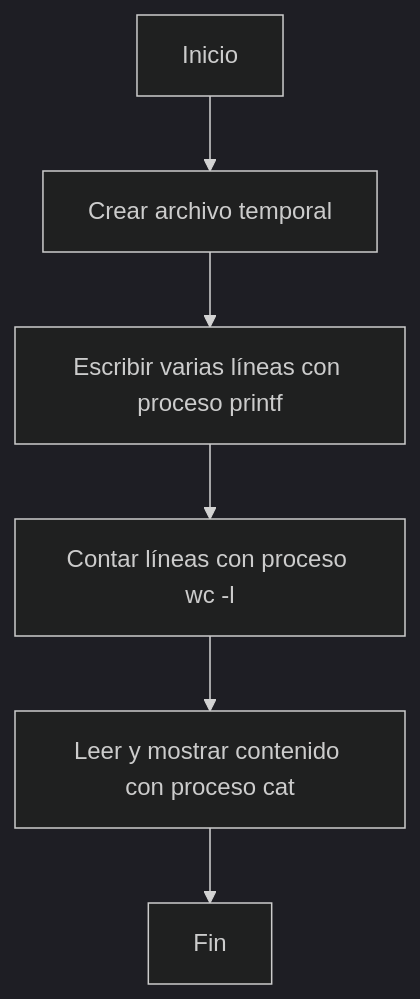
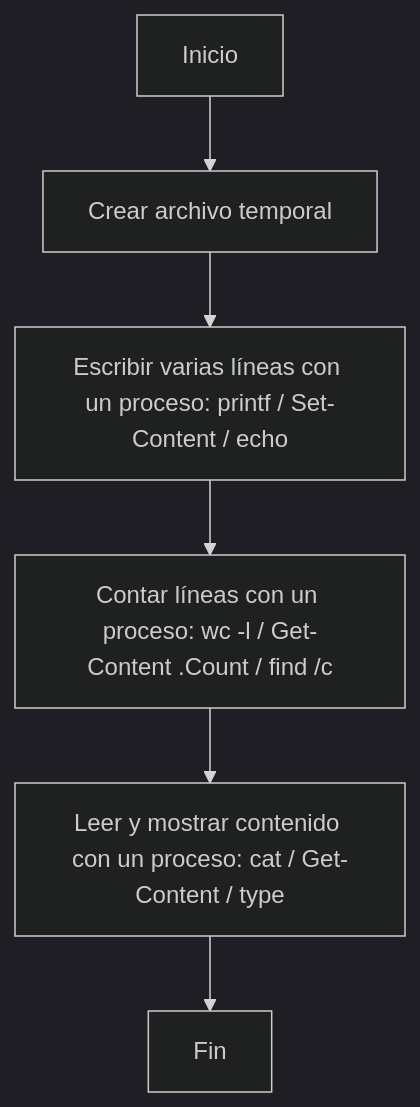
Before and after one commit to resuacode/psp: the diagram in docs/tema1-fundamentos/01-index.mdx, drawn with Mermaid (dark theme). The commit also changed other lines of this file, not shown here.

````diff
--- a/docs/tema1-fundamentos/01-index.mdx
+++ b/docs/tema1-fundamentos/01-index.mdx
@@ -453,8 +1091,8 @@
 ```mermaid
 flowchart TD
     A[Inicio] --> B[Crear archivo temporal]
-    B --> C[Escribir varias líneas con proceso printf]
-    C --> D[Contar líneas con proceso wc -l]
-    D --> E[Leer y mostrar contenido con proceso cat]
+    B --> C[Escribir varias líneas con un proceso: printf / Set-Content / echo]
+    C --> D[Contar líneas con un proceso: wc -l / Get-Content .Count / find /c]
+    D --> E[Leer y mostrar contenido con un proceso: cat / Get-Content / type]
     E --> F[Fin]
 ```
````
